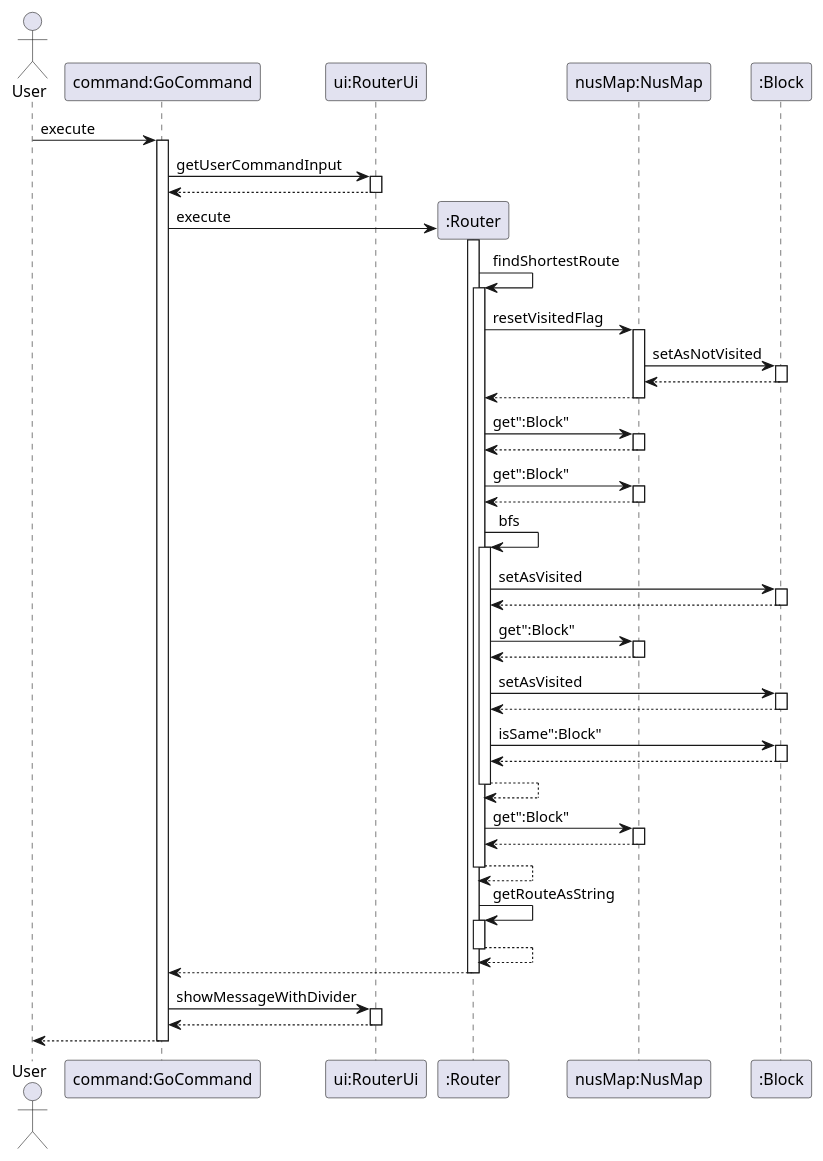
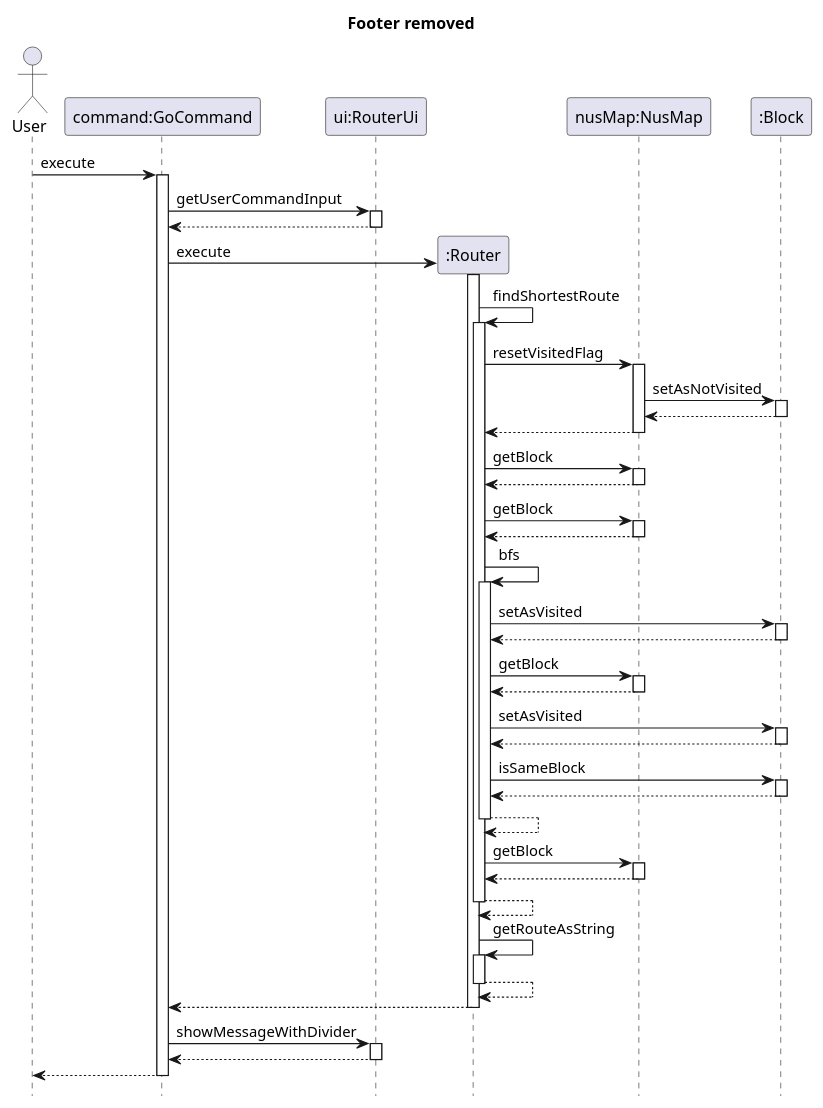
Before and after one commit to nus-cs2113-AY2021S2/tp: the diagram in docs/routersequencediagram.puml, drawn with PlantUML. The commit also changed 10 other files, not shown here.

Commit message:
fixed checkstyle and uml diagrams

```diff
--- a/docs/routersequencediagram.puml
+++ b/docs/routersequencediagram.puml
@@ -1,68 +1,70 @@
 @startuml
+hide footbox
+title Footer removed
 actor "User"
 participant "command:GoCommand"
 participant "ui:RouterUi"
 "User" -> "command:GoCommand" : execute
 activate "command:GoCommand"
 "command:GoCommand" -> "ui:RouterUi": getUserCommandInput
 activate "ui:RouterUi"
 "ui:RouterUi" --> "command:GoCommand":
 deactivate "ui:RouterUi"
 create ":Router"
 "command:GoCommand" -> ":Router" : execute
 activate ":Router"
 ":Router" -> ":Router" : findShortestRoute
 activate ":Router"
 ":Router" -> "nusMap:NusMap" : resetVisitedFlag
 activate "nusMap:NusMap"
 "nusMap:NusMap" -> ":Block" : setAsNotVisited
 activate ":Block"
 ":Block" --> "nusMap:NusMap"
 deactivate ":Block"
 "nusMap:NusMap" --> ":Router"
 deactivate "nusMap:NusMap"
-":Router" -> "nusMap:NusMap" : get":Block"
+":Router" -> "nusMap:NusMap" : getBlock
 activate "nusMap:NusMap"
 "nusMap:NusMap" --> ":Router"
 deactivate "nusMap:NusMap"
-":Router" -> "nusMap:NusMap" : get":Block"
+":Router" -> "nusMap:NusMap" : getBlock
 activate "nusMap:NusMap"
 "nusMap:NusMap" --> ":Router"
 deactivate "nusMap:NusMap"
 ":Router" -> ":Router" : bfs
 activate ":Router"
 ":Router" -> ":Block" : setAsVisited
 activate ":Block"
 ":Block" --> ":Router"
 deactivate ":Block"
-":Router" -> "nusMap:NusMap" : get":Block"
+":Router" -> "nusMap:NusMap" : getBlock
 activate "nusMap:NusMap"
 "nusMap:NusMap" --> ":Router"
 deactivate "nusMap:NusMap"
 ":Router" -> ":Block" : setAsVisited
 activate ":Block"
 ":Block" --> ":Router"
 deactivate ":Block"
-":Router" -> ":Block" : isSame":Block"
+":Router" -> ":Block" : isSameBlock
 activate ":Block"
 ":Block" --> ":Router"
 deactivate ":Block"
 ":Router" --> ":Router"
 deactivate ":Router"
-":Router" -> "nusMap:NusMap" : get":Block"
+":Router" -> "nusMap:NusMap" : getBlock
 activate "nusMap:NusMap"
 "nusMap:NusMap" --> ":Router"
 deactivate "nusMap:NusMap"
 ":Router" --> ":Router"
 deactivate ":Router"
 ":Router" -> ":Router" : getRouteAsString
 activate ":Router"
 ":Router" --> ":Router"
 deactivate ":Router"
 ":Router" --> "command:GoCommand"
 deactivate ":Router"
 "command:GoCommand" -> "ui:RouterUi": showMessageWithDivider
 activate "ui:RouterUi"
 return
 return
 @enduml
```
